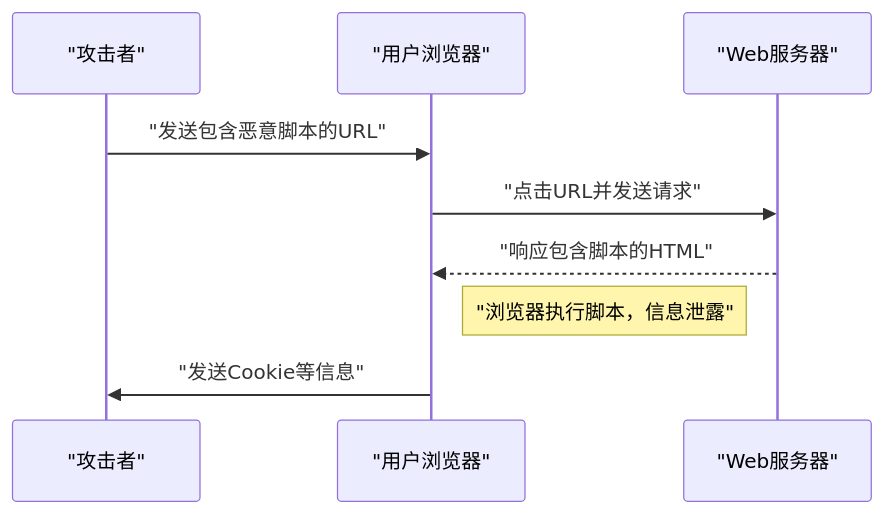
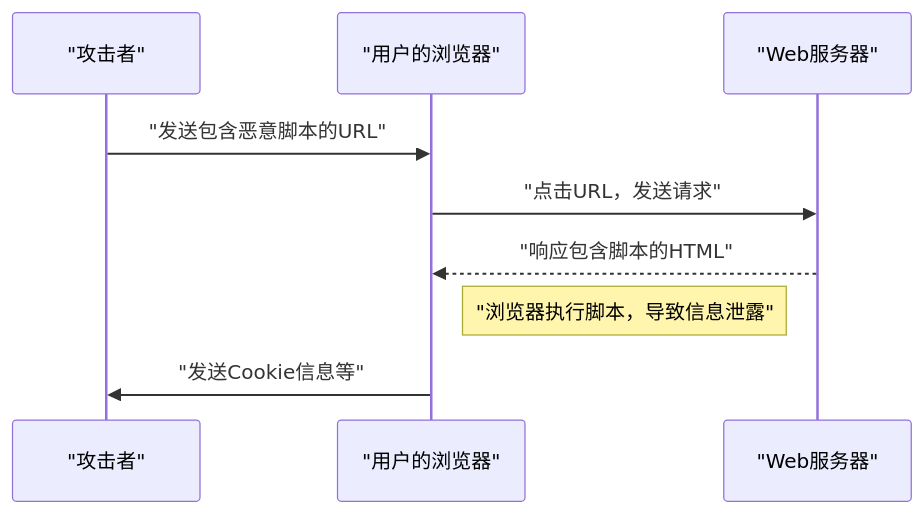
Before and after one commit to kenjinote/blog: the first of 2 diagrams in content/post/web-application-vulnerability-owasp-top-10/index.zh-cn.md, drawn with Mermaid. The commit also changed other lines of this file and 12 other files, not shown here.

````diff
--- a/content/post/web-application-vulnerability-owasp-top-10/index.zh-cn.md
+++ b/content/post/web-application-vulnerability-owasp-top-10/index.zh-cn.md
@@ -170,12 +170,12 @@
 ```mermaid
 sequenceDiagram
     participant "攻击者"
-    participant "用户浏览器"
+    participant "用户的浏览器"
     participant "Web服务器"
 
-    "攻击者"->>"用户浏览器": "发送包含恶意脚本的URL"
-    "用户浏览器"->>"Web服务器": "点击URL并发送请求"
-    "Web服务器"-->>"用户浏览器": "响应包含脚本的HTML"
-    Note right of "用户浏览器": "浏览器执行脚本，信息泄露"
-    "用户浏览器"->>"攻击者": "发送Cookie等信息"
+    "攻击者"->>"用户的浏览器": "发送包含恶意脚本的URL"
+    "用户的浏览器"->>"Web服务器": "点击URL，发送请求"
+    "Web服务器"-->>"用户的浏览器": "响应包含脚本的HTML"
+    Note right of "用户的浏览器": "浏览器执行脚本，导致信息泄露"
+    "用户的浏览器"->>"攻击者": "发送Cookie信息等"
 ```
````
